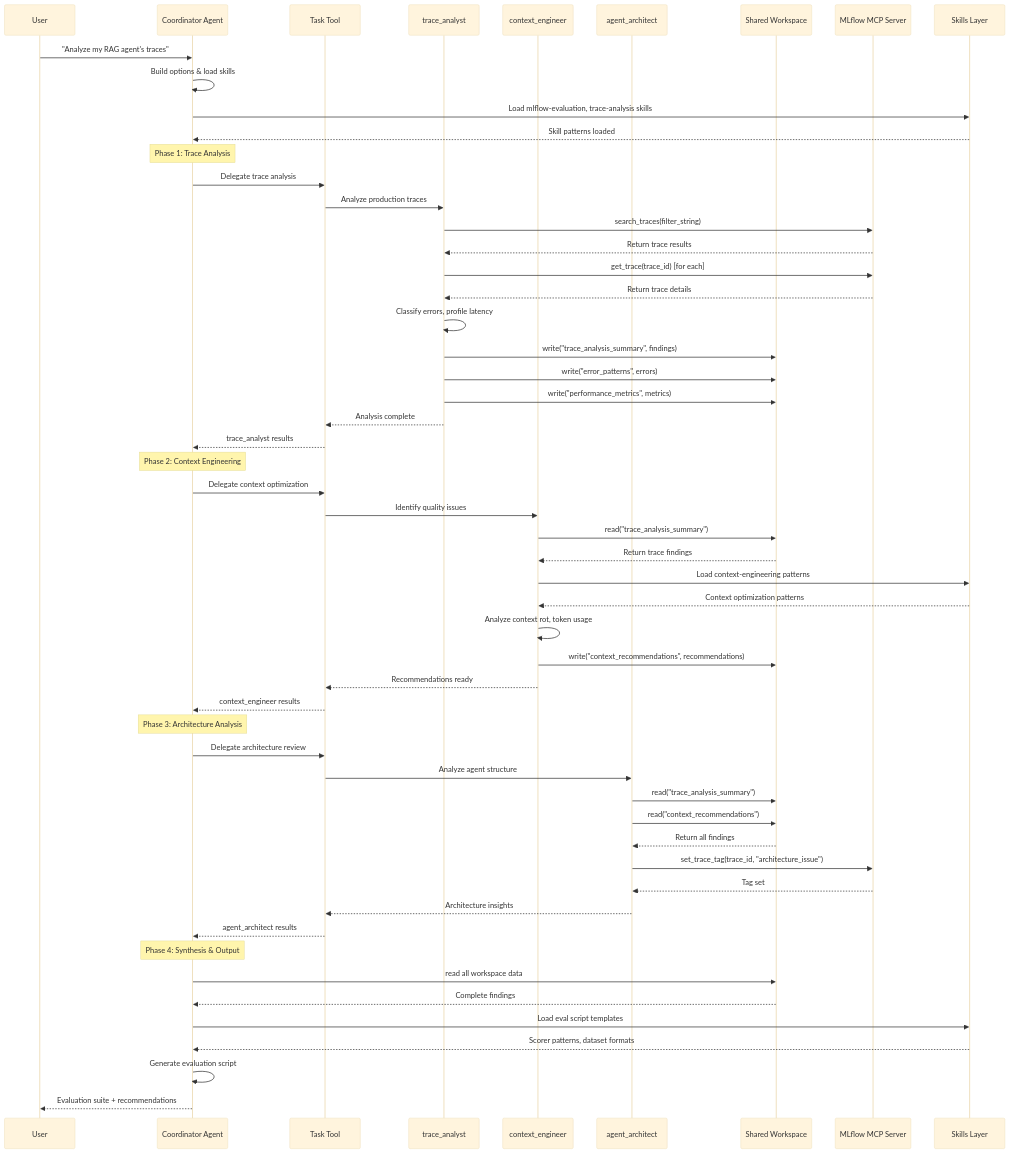
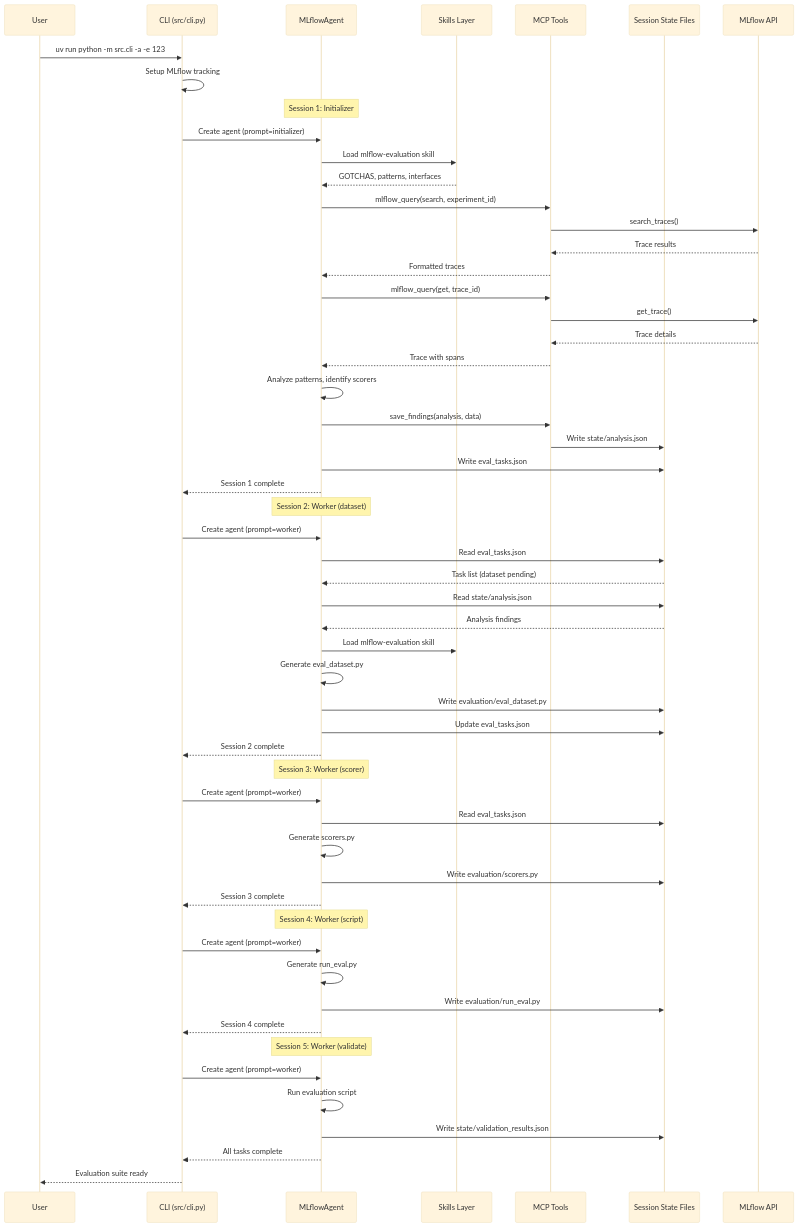
The diagram in docs/agent-communication-flow.mmd (alexmillerdb/mlflow-eval-agent), drawn with Mermaid (base theme) before and after one commit. The commit also changed 6 other files, not shown here.

First line of the commit message:
Update docs for simplified session-based architecture

```diff
--- a/docs/agent-communication-flow.mmd
+++ b/docs/agent-communication-flow.mmd
@@ -1,60 +1,61 @@
 sequenceDiagram
     participant User
-    participant Coordinator as Coordinator Agent
-    participant Task as Task Tool
-    participant TA as trace_analyst
-    participant CE as context_engineer
-    participant AA as agent_architect
-    participant WS as Shared Workspace
-    participant MCP as MLflow MCP Server
+    participant CLI as CLI (src/cli.py)
+    participant Agent as MLflowAgent
     participant Skills as Skills Layer
+    participant MCP as MCP Tools
+    participant State as Session State Files
+    participant MLflow as MLflow API
 
-    User->>Coordinator: "Analyze my RAG agent's traces"
-    Coordinator->>Coordinator: Build options & load skills
-    Coordinator->>Skills: Load mlflow-evaluation, trace-analysis skills
-    Skills-->>Coordinator: Skill patterns loaded
+    User->>CLI: uv run python -m src.cli -a -e 123
+    CLI->>CLI: Setup MLflow tracking
 
-    Note over Coordinator: Phase 1: Trace Analysis
-    Coordinator->>Task: Delegate trace analysis
-    Task->>TA: Analyze production traces
-    TA->>MCP: search_traces(filter_string)
-    MCP-->>TA: Return trace results
-    TA->>MCP: get_trace(trace_id) [for each]
-    MCP-->>TA: Return trace details
-    TA->>TA: Classify errors, profile latency
-    TA->>WS: write("trace_analysis_summary", findings)
-    TA->>WS: write("error_patterns", errors)
-    TA->>WS: write("performance_metrics", metrics)
-    TA-->>Task: Analysis complete
-    Task-->>Coordinator: trace_analyst results
+    Note over Agent: Session 1: Initializer
+    CLI->>Agent: Create agent (prompt=initializer)
+    Agent->>Skills: Load mlflow-evaluation skill
+    Skills-->>Agent: GOTCHAS, patterns, interfaces
+    Agent->>MCP: mlflow_query(search, experiment_id)
+    MCP->>MLflow: search_traces()
+    MLflow-->>MCP: Trace results
+    MCP-->>Agent: Formatted traces
+    Agent->>MCP: mlflow_query(get, trace_id)
+    MCP->>MLflow: get_trace()
+    MLflow-->>MCP: Trace details
+    MCP-->>Agent: Trace with spans
+    Agent->>Agent: Analyze patterns, identify scorers
+    Agent->>MCP: save_findings(analysis, data)
+    MCP->>State: Write state/analysis.json
+    Agent->>State: Write eval_tasks.json
+    Agent-->>CLI: Session 1 complete
 
-    Note over Coordinator: Phase 2: Context Engineering
-    Coordinator->>Task: Delegate context optimization
-    Task->>CE: Identify quality issues
-    CE->>WS: read("trace_analysis_summary")
-    WS-->>CE: Return trace findings
-    CE->>Skills: Load context-engineering patterns
-    Skills-->>CE: Context optimization patterns
-    CE->>CE: Analyze context rot, token usage
-    CE->>WS: write("context_recommendations", recommendations)
-    CE-->>Task: Recommendations ready
-    Task-->>Coordinator: context_engineer results
+    Note over Agent: Session 2: Worker (dataset)
+    CLI->>Agent: Create agent (prompt=worker)
+    Agent->>State: Read eval_tasks.json
+    State-->>Agent: Task list (dataset pending)
+    Agent->>State: Read state/analysis.json
+    State-->>Agent: Analysis findings
+    Agent->>Skills: Load mlflow-evaluation skill
+    Agent->>Agent: Generate eval_dataset.py
+    Agent->>State: Write evaluation/eval_dataset.py
+    Agent->>State: Update eval_tasks.json
+    Agent-->>CLI: Session 2 complete
 
-    Note over Coordinator: Phase 3: Architecture Analysis
-    Coordinator->>Task: Delegate architecture review
-    Task->>AA: Analyze agent structure
-    AA->>WS: read("trace_analysis_summary")
-    AA->>WS: read("context_recommendations")
-    WS-->>AA: Return all findings
-    AA->>MCP: set_trace_tag(trace_id, "architecture_issue")
-    MCP-->>AA: Tag set
-    AA-->>Task: Architecture insights
-    Task-->>Coordinator: agent_architect results
+    Note over Agent: Session 3: Worker (scorer)
+    CLI->>Agent: Create agent (prompt=worker)
+    Agent->>State: Read eval_tasks.json
+    Agent->>Agent: Generate scorers.py
+    Agent->>State: Write evaluation/scorers.py
+    Agent-->>CLI: Session 3 complete
 
-    Note over Coordinator: Phase 4: Synthesis & Output
-    Coordinator->>WS: read all workspace data
-    WS-->>Coordinator: Complete findings
-    Coordinator->>Skills: Load eval script templates
-    Skills-->>Coordinator: Scorer patterns, dataset formats
-    Coordinator->>Coordinator: Generate evaluation script
-    Coordinator-->>User: Evaluation suite + recommendations
+    Note over Agent: Session 4: Worker (script)
+    CLI->>Agent: Create agent (prompt=worker)
+    Agent->>Agent: Generate run_eval.py
+    Agent->>State: Write evaluation/run_eval.py
+    Agent-->>CLI: Session 4 complete
+
+    Note over Agent: Session 5: Worker (validate)
+    CLI->>Agent: Create agent (prompt=worker)
+    Agent->>Agent: Run evaluation script
+    Agent->>State: Write state/validation_results.json
+    Agent-->>CLI: All tasks complete
+    CLI-->>User: Evaluation suite ready
```
